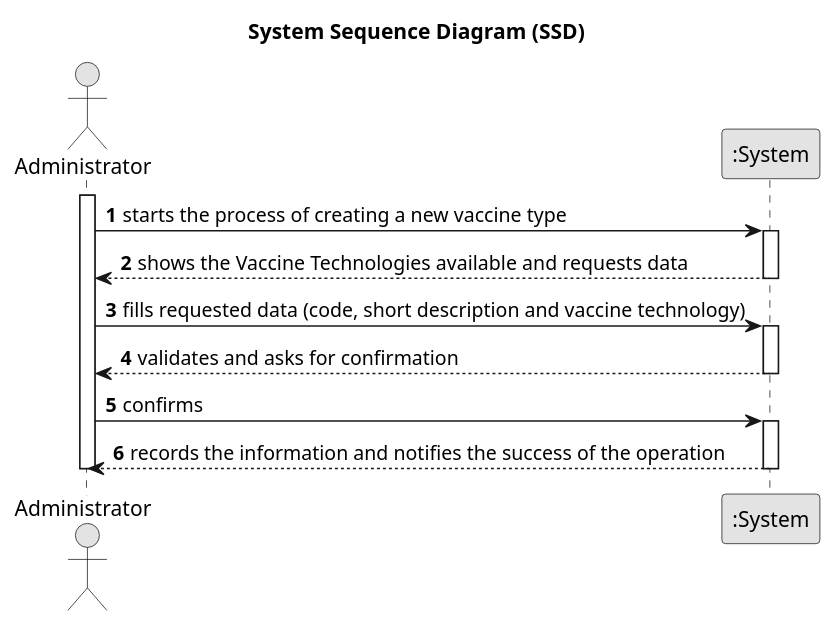
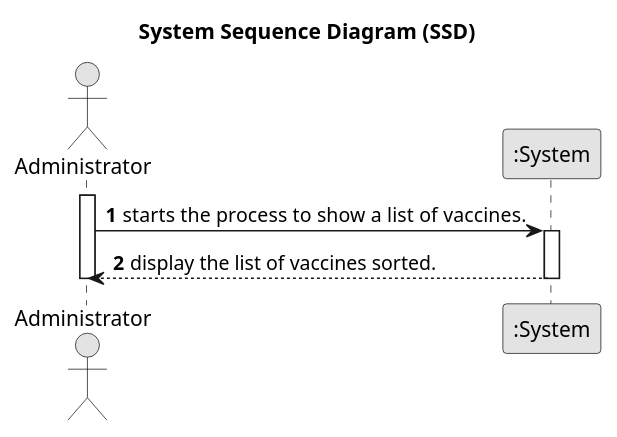
One commit to rafaafig/SnsTrab changed the diagram in sns-base/doc/global/user-story/puml/US010-SSD.puml. Above: the diagram before and after it, drawn with PlantUML. The commit also changed 1 other file, not shown here.

```diff
--- a/sns-base/doc/global/user-story/puml/US010-SSD.puml
+++ b/sns-base/doc/global/user-story/puml/US010-SSD.puml
@@ -1,30 +1,20 @@
 @startuml
 skinparam monochrome true
 skinparam packageStyle rectangle
 skinparam shadowing false
 
 title System Sequence Diagram (SSD)
 
 autonumber
 
 actor Administrator
 participant ":System" as System
 
 activate Administrator
-    Administrator -> System : starts the process of creating a new vaccine type
+    Administrator -> System : starts the process  to show a list of vaccines.
     activate System
-        System --> Administrator : shows the Vaccine Technologies available and requests data
-    deactivate System
-
-    Administrator -> System : fills requested data (code, short description and vaccine technology)
-    activate System
-        System --> Administrator : validates and asks for confirmation
-    deactivate System
-
-    Administrator -> System : confirms
-    activate System
-        System --> Administrator : records the information and notifies the success of the operation
+        System --> Administrator : display the list of vaccines sorted.
     deactivate System
 deactivate Administrator
 
 @enduml
```
